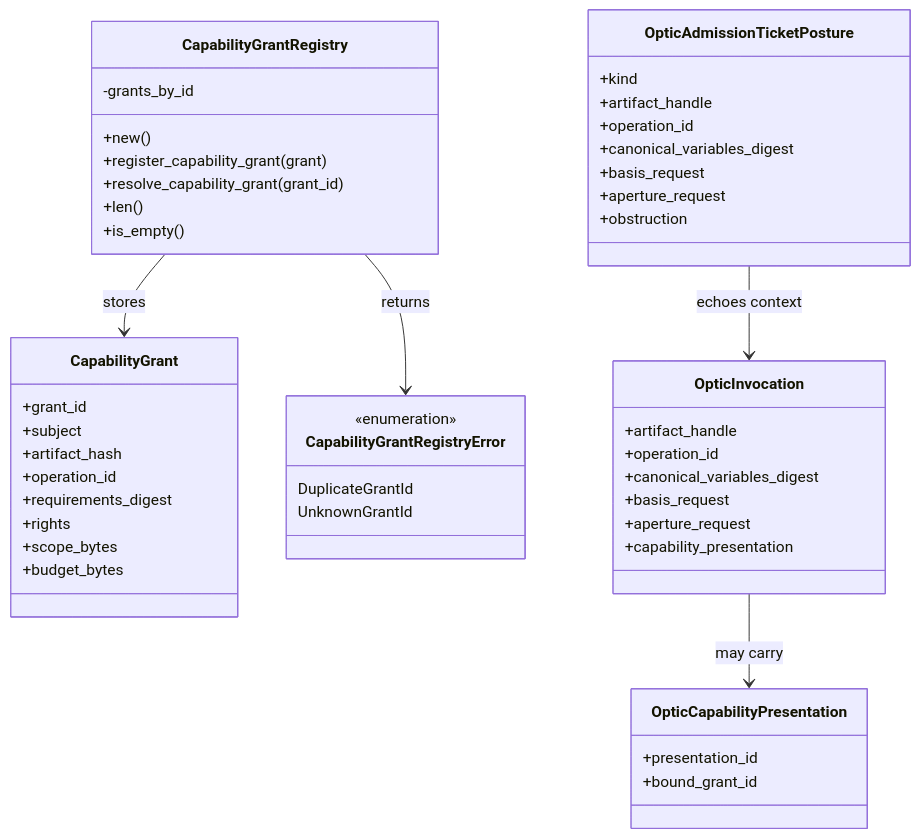
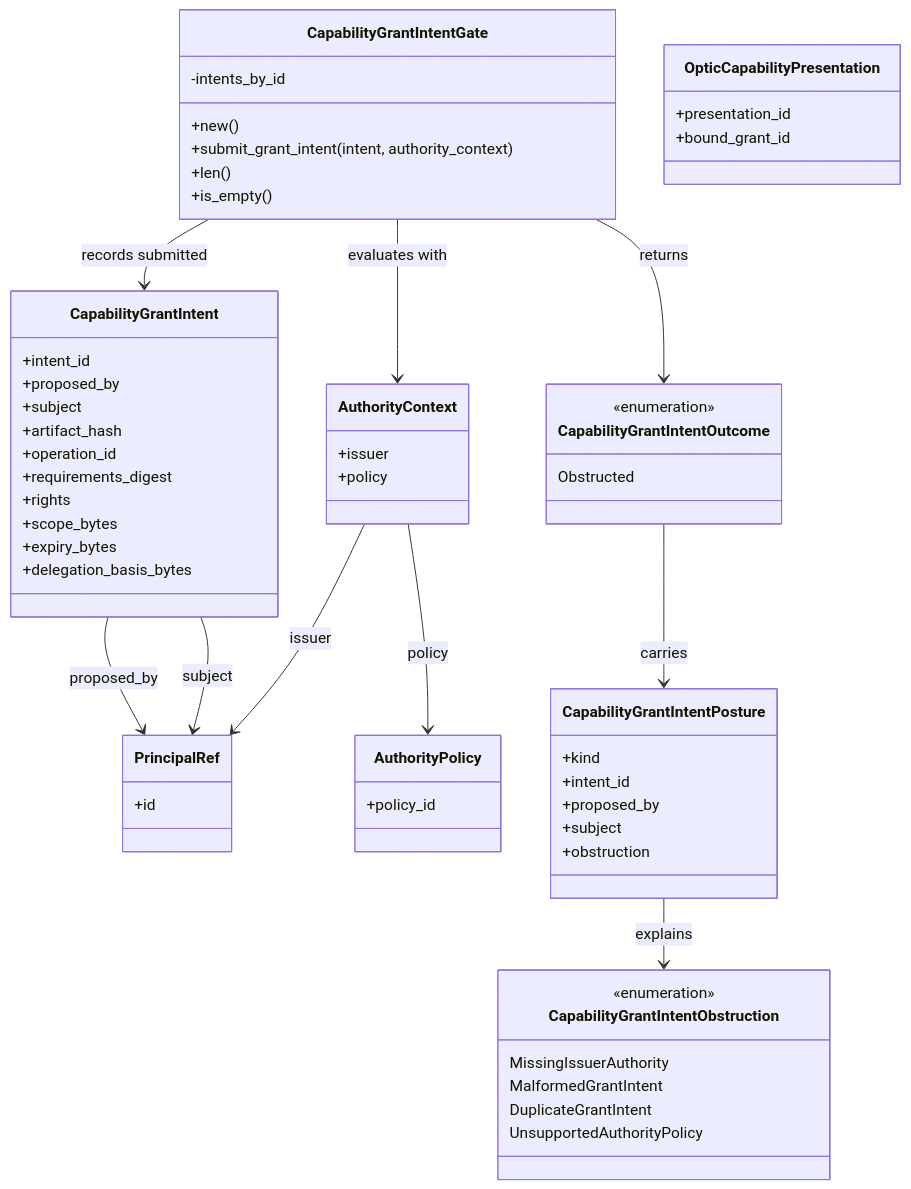
One commit to flyingrobots/echo changed the fourth of 5 diagrams in docs/design/optic-capability-grant-registry.md. Above: the diagram before and after it, drawn with Mermaid. The commit also changed other lines of this file and 5 other files, not shown here.

Commit message:
feat(core): add capability grant intent obstruction skeleton

````diff
--- a/docs/design/optic-capability-grant-registry.md
+++ b/docs/design/optic-capability-grant-registry.md
@@ -114,57 +135,72 @@
 ```mermaid
 classDiagram
-  class CapabilityGrant {
-    +grant_id
+  class PrincipalRef {
+    +id
+  }
+
+  class AuthorityPolicy {
+    +policy_id
+  }
+
+  class AuthorityContext {
+    +issuer
+    +policy
+  }
+
+  class CapabilityGrantIntent {
+    +intent_id
+    +proposed_by
     +subject
     +artifact_hash
     +operation_id
     +requirements_digest
     +rights
     +scope_bytes
-    +budget_bytes
+    +expiry_bytes
+    +delegation_basis_bytes
   }
 
-  class CapabilityGrantRegistry {
-    -grants_by_id
+  class CapabilityGrantIntentGate {
+    -intents_by_id
     +new()
-    +register_capability_grant(grant)
-    +resolve_capability_grant(grant_id)
+    +submit_grant_intent(intent, authority_context)
     +len()
     +is_empty()
   }
 
-  class CapabilityGrantRegistryError {
+  class CapabilityGrantIntentOutcome {
     <<enumeration>>
-    DuplicateGrantId
-    UnknownGrantId
+    Obstructed
+  }
+
+  class CapabilityGrantIntentPosture {
+    +kind
+    +intent_id
+    +proposed_by
+    +subject
+    +obstruction
+  }
+
+  class CapabilityGrantIntentObstruction {
+    <<enumeration>>
+    MissingIssuerAuthority
+    MalformedGrantIntent
+    DuplicateGrantIntent
+    UnsupportedAuthorityPolicy
   }
 
   class OpticCapabilityPresentation {
     +presentation_id
     +bound_grant_id
   }
 
-  class OpticInvocation {
-    +artifact_handle
-    +operation_id
-    +canonical_variables_digest
-    +basis_request
-    +aperture_request
-    +capability_presentation
-  }
-
-  class OpticAdmissionTicketPosture {
-    +kind
-    +artifact_handle
-    +operation_id
-    +canonical_variables_digest
-    +basis_request
-    +aperture_request
-    +obstruction
-  }
-
-  CapabilityGrantRegistry --> CapabilityGrant : stores
-  CapabilityGrantRegistry --> CapabilityGrantRegistryError : returns
-  OpticInvocation --> OpticCapabilityPresentation : may carry
-  OpticAdmissionTicketPosture --> OpticInvocation : echoes context
+  CapabilityGrantIntent --> PrincipalRef : proposed_by
+  CapabilityGrantIntent --> PrincipalRef : subject
+  AuthorityContext --> PrincipalRef : issuer
+  AuthorityContext --> AuthorityPolicy : policy
+  CapabilityGrantIntentGate --> CapabilityGrantIntent : records submitted
+  CapabilityGrantIntentGate --> AuthorityContext : evaluates with
+  CapabilityGrantIntentGate --> CapabilityGrantIntentOutcome : returns
+  CapabilityGrantIntentOutcome --> CapabilityGrantIntentPosture : carries
+  CapabilityGrantIntentPosture --> CapabilityGrantIntentObstruction : explains
 ```
````
